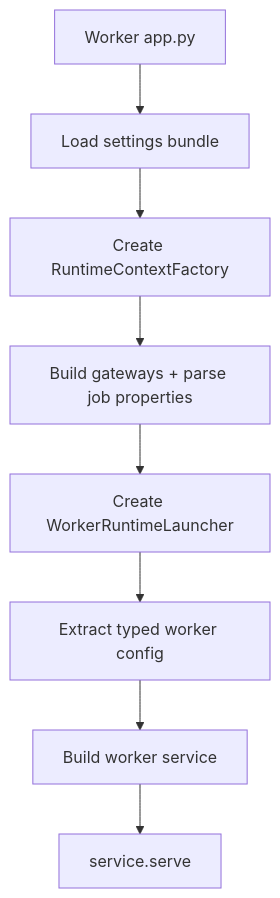
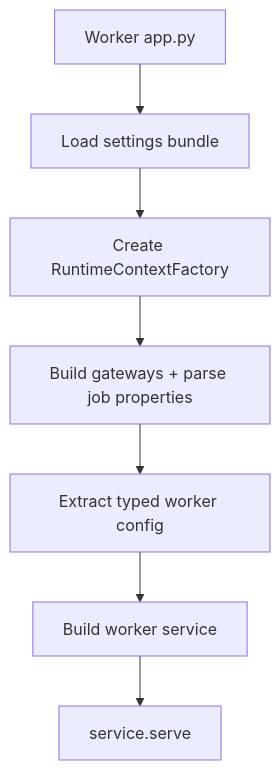
One commit to ElwesHonorato/governed-rag-foundation changed the second of 2 diagrams in libs/pipeline-common/src/pipeline_common/startup/docs/ARCHITECTURE.md. Above: the diagram before and after it, drawn with Mermaid. The commit also changed other lines of this file and 179 other files, not shown here.

First line of the commit message:
Refactor/worker runtime alignment (#9)

````diff
--- a/libs/pipeline-common/src/pipeline_common/startup/docs/ARCHITECTURE.md
+++ b/libs/pipeline-common/src/pipeline_common/startup/docs/ARCHITECTURE.md
@@ -124,10 +116,9 @@
 ```mermaid
 flowchart TD
     A[Worker app.py] --> B[Load settings bundle]
     B --> C[Create RuntimeContextFactory]
     C --> D[Build gateways + parse job properties]
-    D --> E[Create WorkerRuntimeLauncher]
-    E --> F[Extract typed worker config]
-    F --> G[Build worker service]
-    G --> H[service.serve]
+    D --> E[Extract typed worker config]
+    E --> F[Build worker service]
+    F --> G[service.serve]
 ```
````
